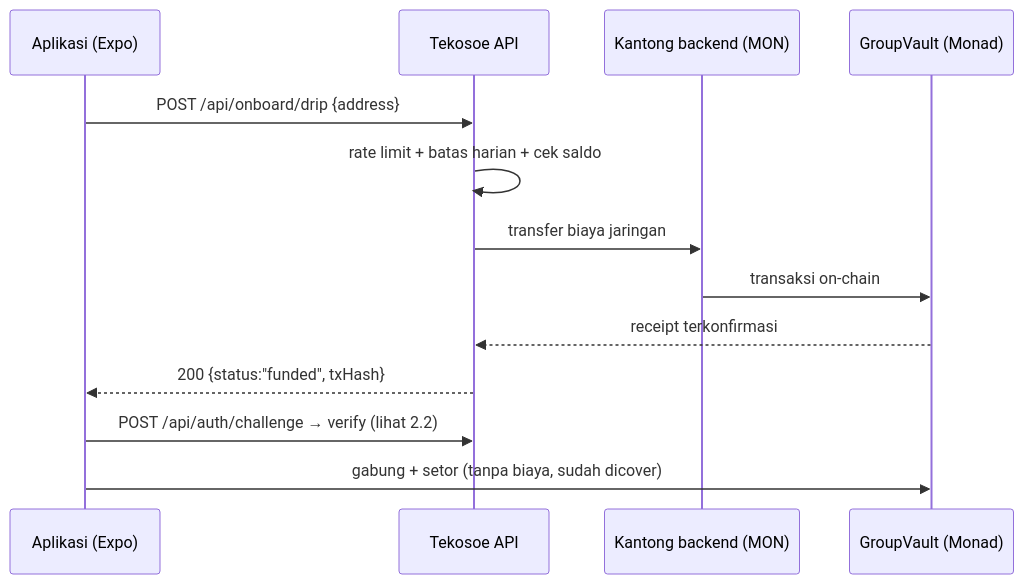
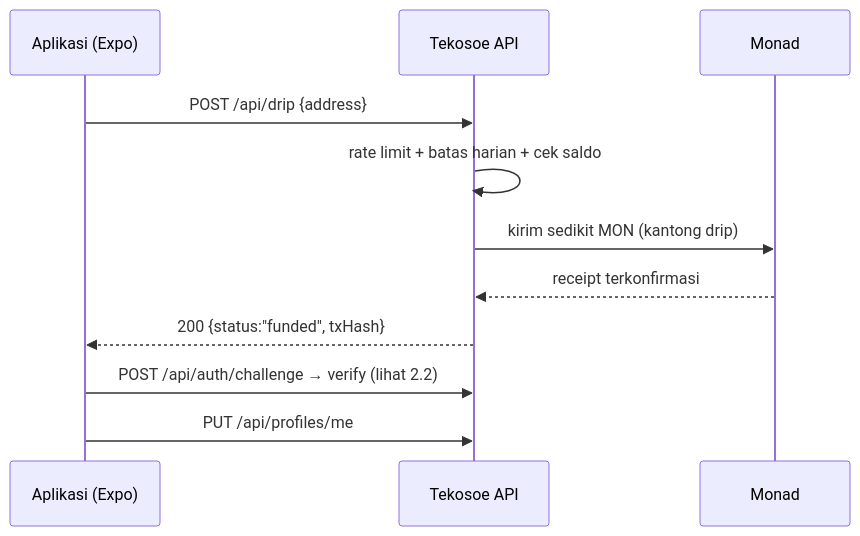
One commit to sewunodetech/tekosoe changed the first of 7 diagrams in apps/api/docs/API.md. Above: the diagram before and after it, drawn with Mermaid. The commit also changed other lines of this file and 5 other files, not shown here.

````diff
--- a/apps/api/docs/API.md
+++ b/apps/api/docs/API.md
@@ -87,16 +94,14 @@
 ```mermaid
 sequenceDiagram
   participant App as Aplikasi (Expo)
   participant API as Tekosoe API
-  participant K as Kantong backend (MON)
-  participant C as GroupVault (Monad)
+  participant C as Monad
 
-  App->>API: POST /api/onboard/drip {address}
+  App->>API: POST /api/drip {address}
   API->>API: rate limit + batas harian + cek saldo
-  API->>K: transfer biaya jaringan
-  K->>C: transaksi on-chain
+  API->>C: kirim sedikit MON (kantong drip)
   C-->>API: receipt terkonfirmasi
   API-->>App: 200 {status:"funded", txHash}
   App->>API: POST /api/auth/challenge → verify (lihat 2.2)
-  App->>C: gabung + setor (tanpa biaya, sudah dicover)
+  App->>API: PUT /api/profiles/me
 ```
````
